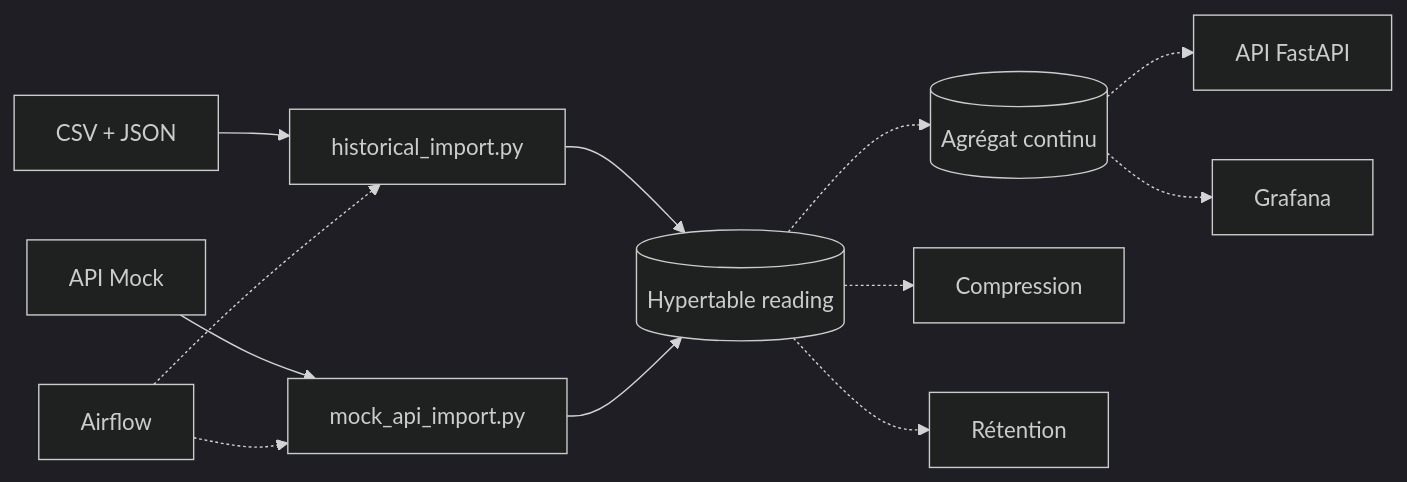
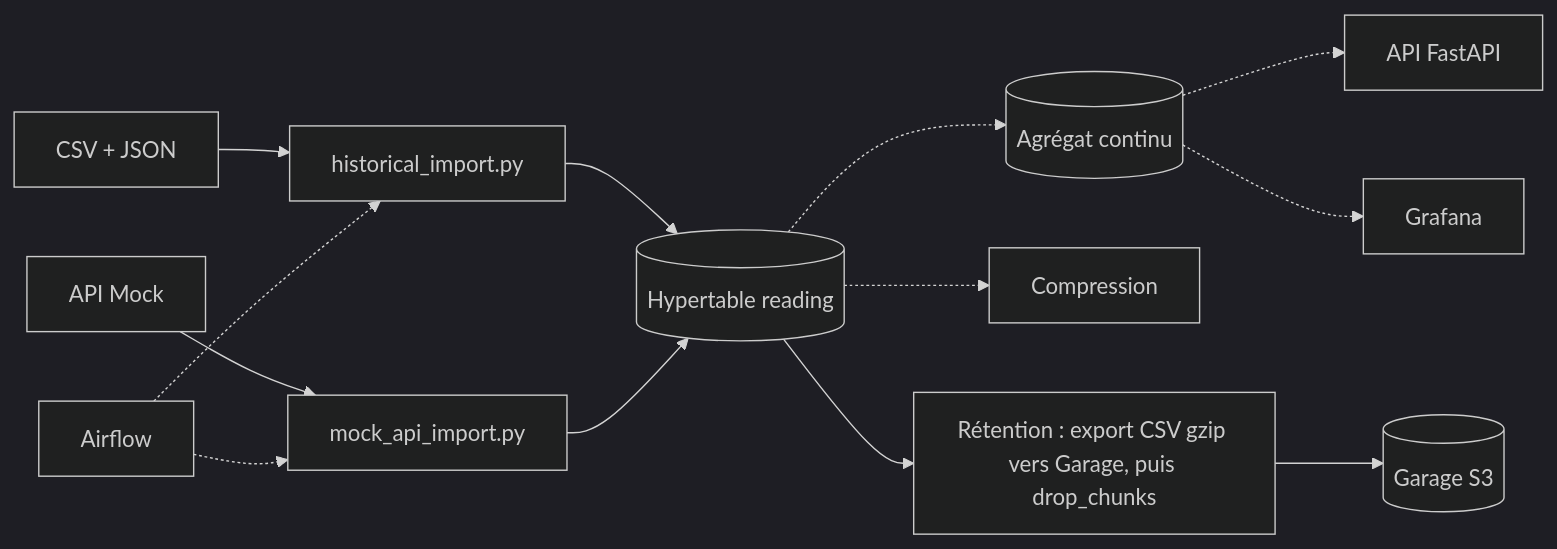
The first of 2 diagrams in docs/architecture/40-data.md (ineszang/ProjetPiscine_EnerVision), drawn with Mermaid (dark theme) before and after one commit. The commit also changed other lines of this file and 9 other files, not shown here.

First line of the commit message:
feat(apps): archive vers Garage puis supprime les chunks anciens de reading

````diff
--- a/docs/architecture/40-data.md
+++ b/docs/architecture/40-data.md
@@ -81,18 +83,19 @@
 ```mermaid
 flowchart LR
   csv["CSV + JSON"] --> hist["historical_import.py"]
   mock["API Mock"] --> api["mock_api_import.py"]
 
   hist --> hy[("Hypertable reading")]
   api --> hy
 
   airflow["Airflow"] -.-> hist
   airflow -.-> api
 
   hy -.-> agg[("Agrégat continu")]
   hy -.-> comp["Compression"]
-  hy -.-> ret["Rétention"]
+  hy --> ret["Rétention : export CSV gzip vers Garage, puis drop_chunks"]
+  ret --> garage[("Garage S3")]
 
   agg -.-> backend["API FastAPI"]
   agg -.-> graf["Grafana"]
 ```
````
